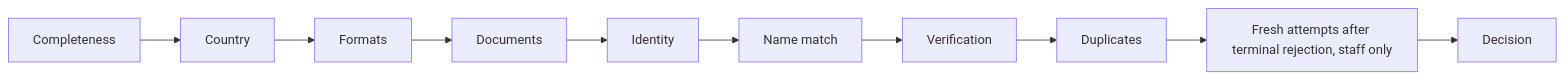
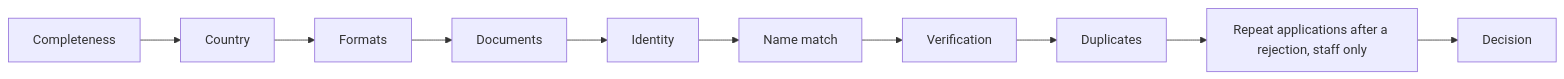
The second of 4 diagrams in docs/WORKFLOW.md (ShubhamK0802/vendor-onboarding-flask), drawn with Mermaid before and after one commit. The commit also changed other lines of this file and 23 other files, not shown here.

````diff
--- a/docs/WORKFLOW.md
+++ b/docs/WORKFLOW.md
@@ -33,6 +30,6 @@
 ```mermaid
 flowchart LR
     S1[Completeness] --> S2[Country] --> S3[Formats] --> S4[Documents]
     S4 --> S5[Identity] --> S6[Name match] --> S7[Verification] --> S8[Duplicates]
-    S8 --> S9[Fresh attempts after terminal rejection, staff only] --> D[Decision]
+    S8 --> S9[Repeat applications after a rejection, staff only] --> D[Decision]
 ```
````
